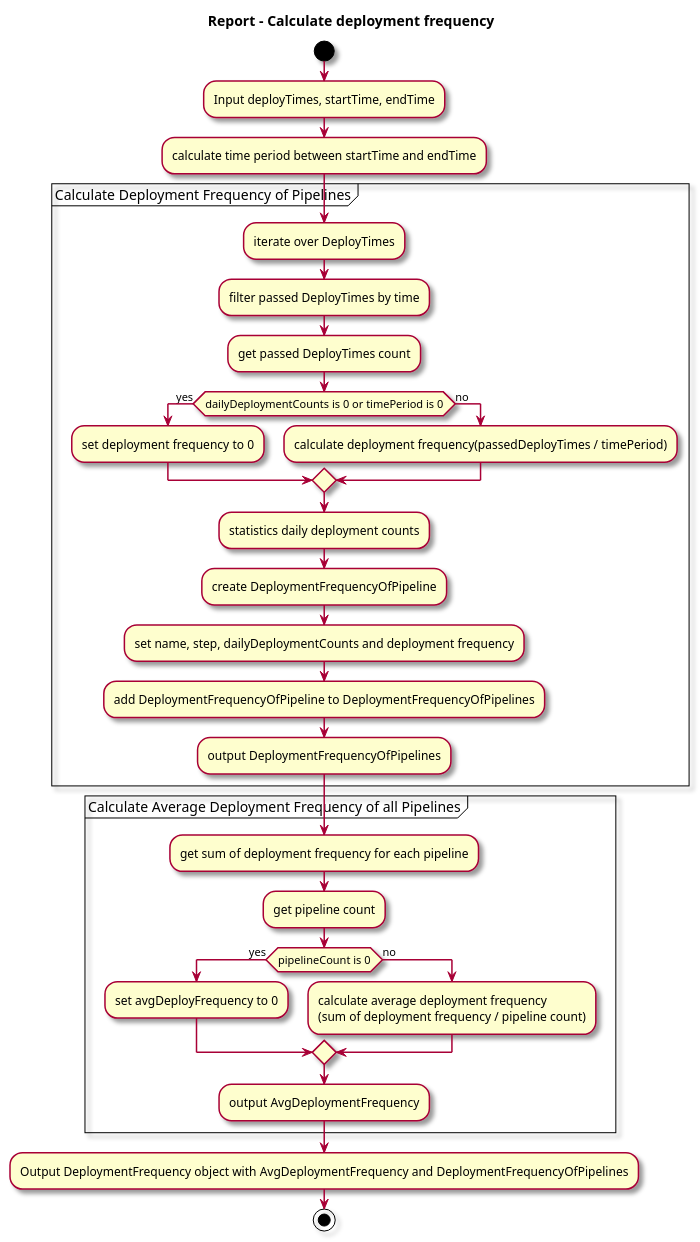
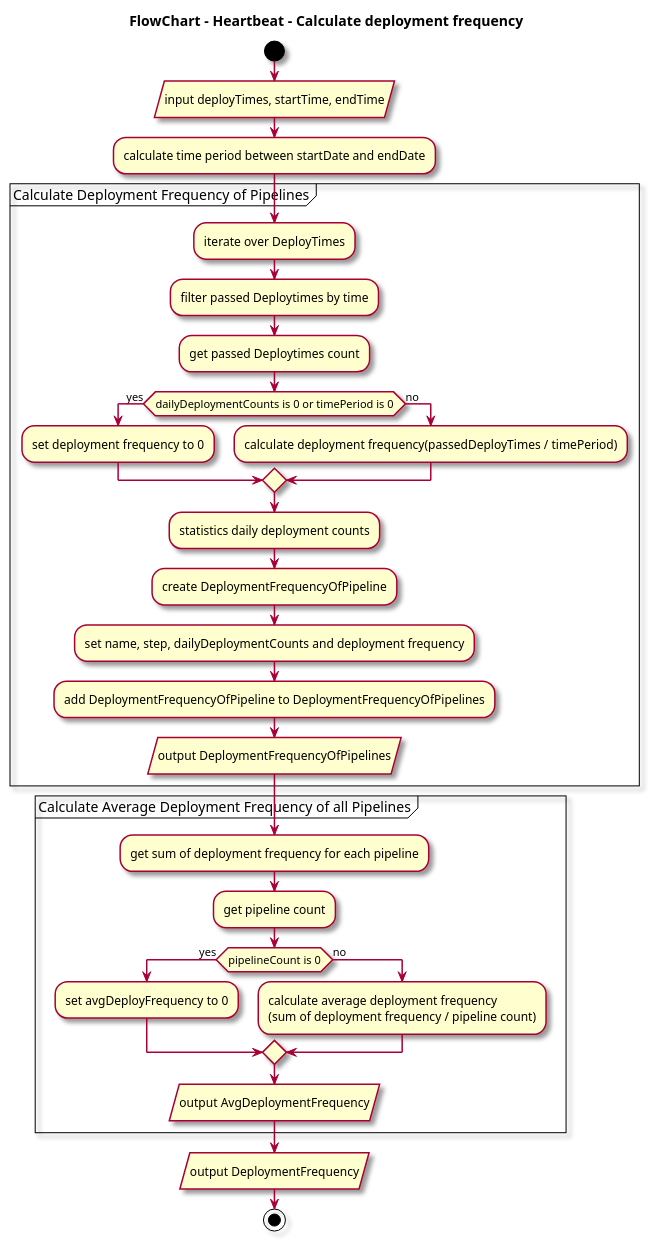
One commit to au-heartbeat/Heartbeat changed the diagram in docs/src/pages/en/dev-center/report-calculation-diagrams.md. Above: the diagram before and after it, drawn with PlantUML. The commit also changed 1 other file, not shown here.

Commit message:
ADM-443 update calculate doc and diagrams

````diff
--- a/docs/src/pages/en/dev-center/report-calculation-diagrams.md
+++ b/docs/src/pages/en/dev-center/report-calculation-diagrams.md
@@ -9,38 +9,37 @@
 ```plantuml
 @startuml deployment frequency
 skin rose
-title Report - Calculate deployment frequency
+title FlowChart - Heartbeat - Calculate deployment frequency
 start
-:Input deployTimes, startTime, endTime;
-:calculate time period between startTime and endTime;
+:input deployTimes, startTime, endTime/
+:calculate time period between startDate and endDate;
 partition "Calculate Deployment Frequency of Pipelines" {
   :iterate over DeployTimes;
-    :filter passed DeployTimes by time;
-    :get passed DeployTimes count;
+    :filter passed Deploytimes by time;
+    :get passed Deploytimes count;
     if (dailyDeploymentCounts is 0 or timePeriod is 0) then (yes)
       :set deployment frequency to 0;
     else (no)
       :calculate deployment frequency(passedDeployTimes / timePeriod);
     endif
     :statistics daily deployment counts;
     :create DeploymentFrequencyOfPipeline;
     :set name, step, dailyDeploymentCounts and deployment frequency;
     :add DeploymentFrequencyOfPipeline to DeploymentFrequencyOfPipelines;
-    :output DeploymentFrequencyOfPipelines;
-
+  :output DeploymentFrequencyOfPipelines/
 }
 partition "Calculate Average Deployment Frequency of all Pipelines" {
   :get sum of deployment frequency for each pipeline;
   :get pipeline count;
   if (pipelineCount is 0) then (yes)
     :set avgDeployFrequency to 0;
   else (no)
     :calculate average deployment frequency
     (sum of deployment frequency / pipeline count);
   endif
-  :output AvgDeploymentFrequency;
+  :output AvgDeploymentFrequency/
 }
-:Output DeploymentFrequency object with AvgDeploymentFrequency and DeploymentFrequencyOfPipelines;
+:output DeploymentFrequency/
 stop
 @enduml
 ```
````
